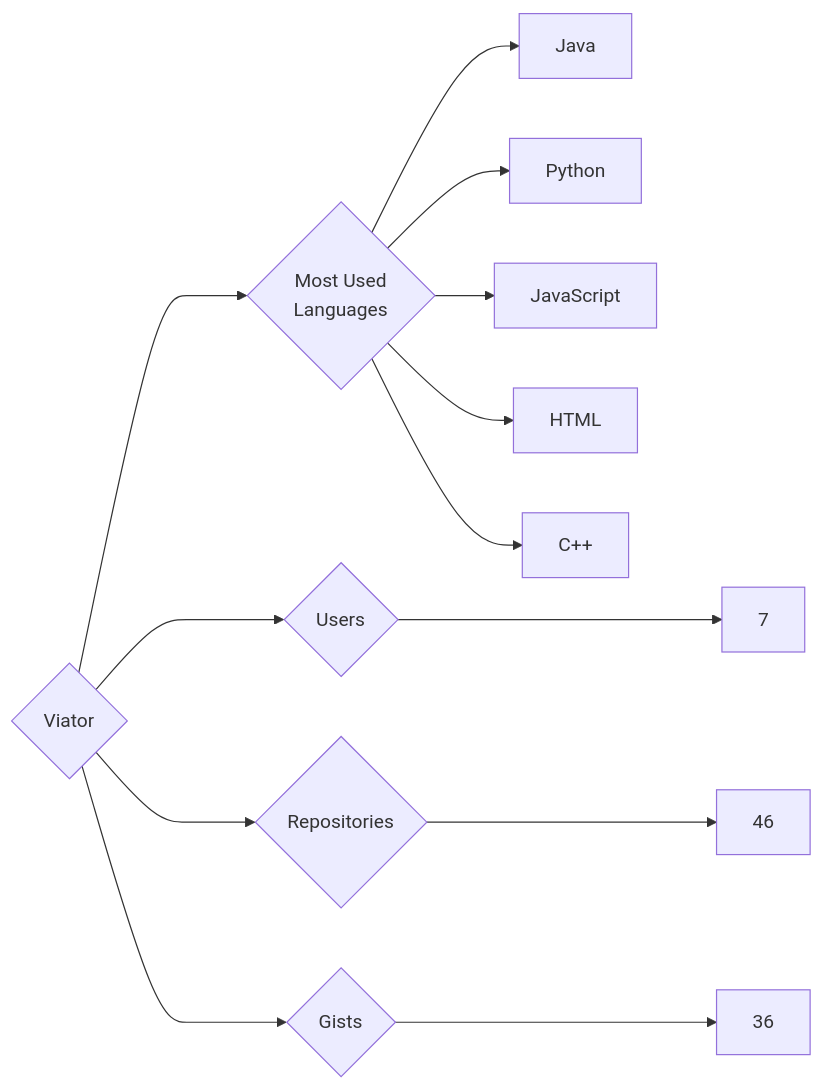
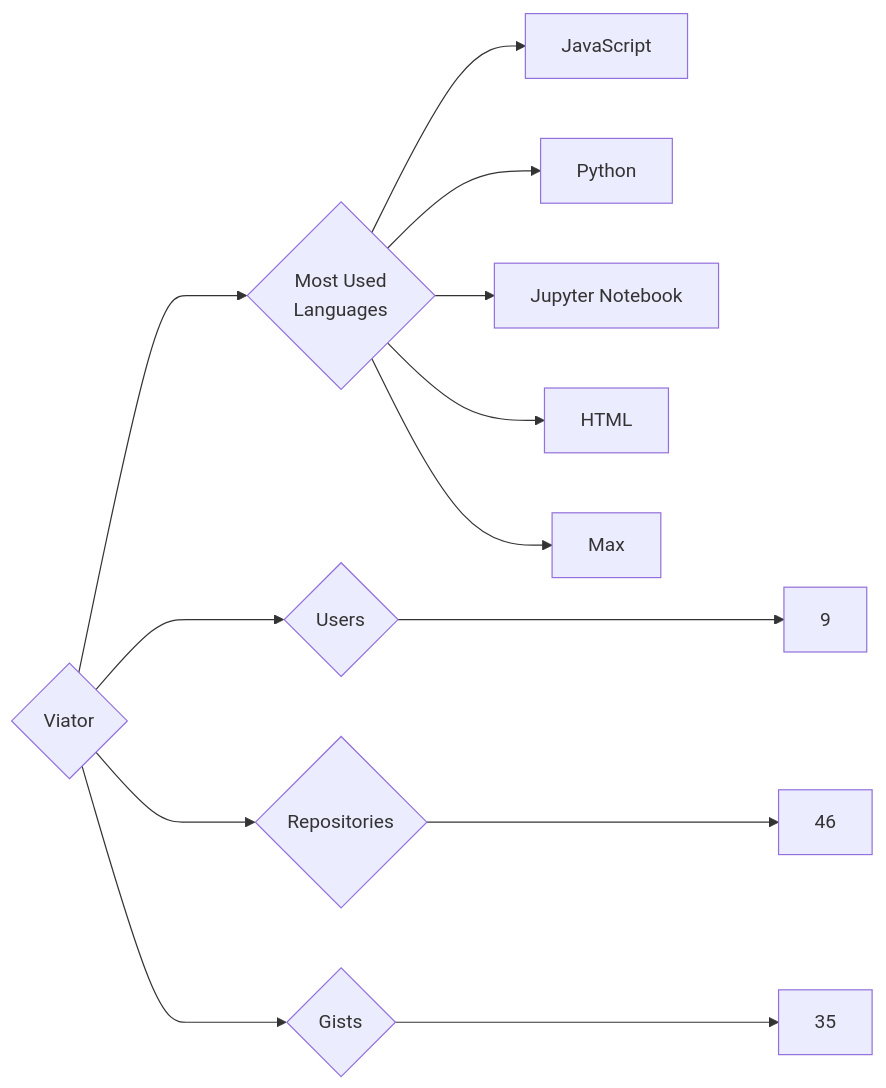
One commit to trickest/insiders changed the diagram in targets/Viator/README.md. Above: the diagram before and after it, drawn with Mermaid. The commit also changed 833 other files, not shown here.

````diff
--- a/targets/Viator/README.md
+++ b/targets/Viator/README.md
@@ -3,13 +3,13 @@
 ```mermaid
 graph LR
 COMPANY_NAME{Viator}
-COMPANY_NAME ---> U{Users} ---> UN[7]
+COMPANY_NAME ---> U{Users} ---> UN[9]
 COMPANY_NAME ---> R{Repositories} ---> RN[46]
-COMPANY_NAME ---> G{Gists} ---> GN[36]
+COMPANY_NAME ---> G{Gists} ---> GN[35]
 COMPANY_NAME ---> ML{Most Used<br>Languages}
-ML --> Java[Java]
+ML --> JavaScript[JavaScript]
 ML --> Python[Python]
-ML --> JavaScript[JavaScript]
+ML --> Jupyter_Notebook[Jupyter Notebook]
 ML --> HTML[HTML]
-ML --> C++[C++]
+ML --> Max[Max]
 ```
````
